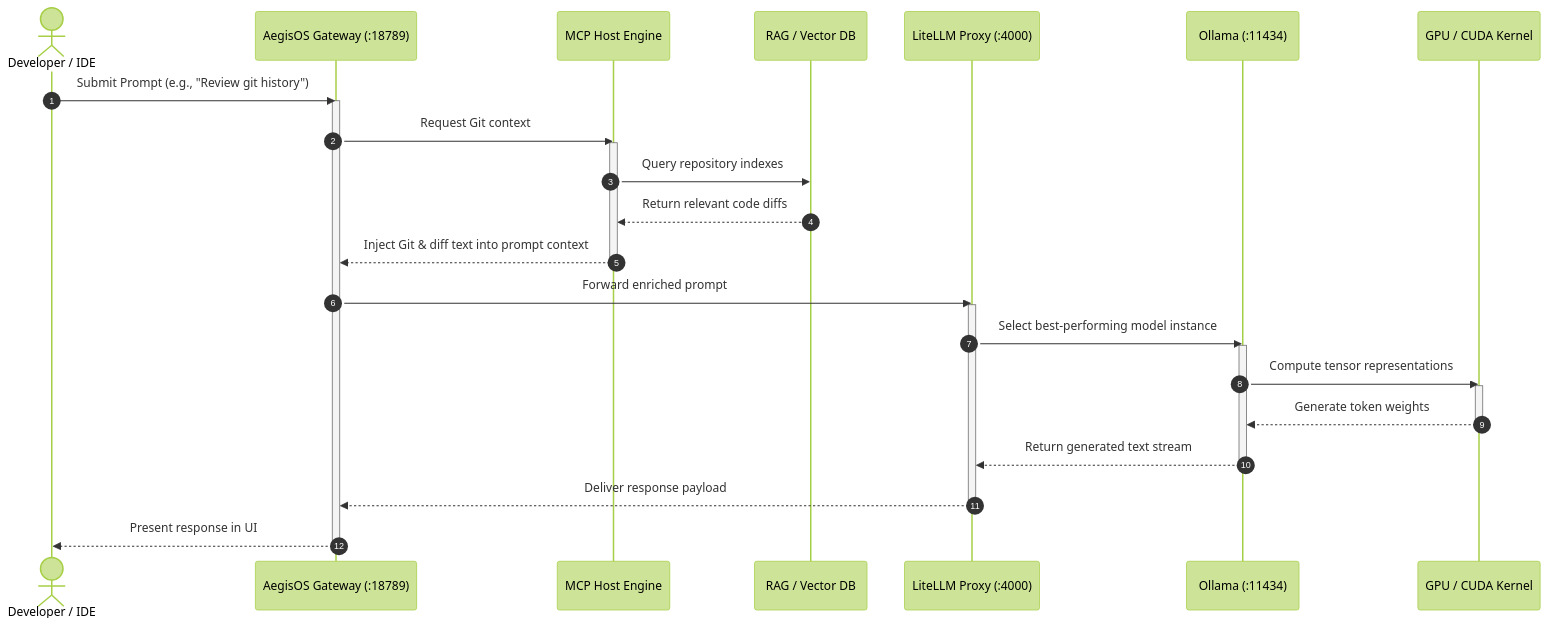
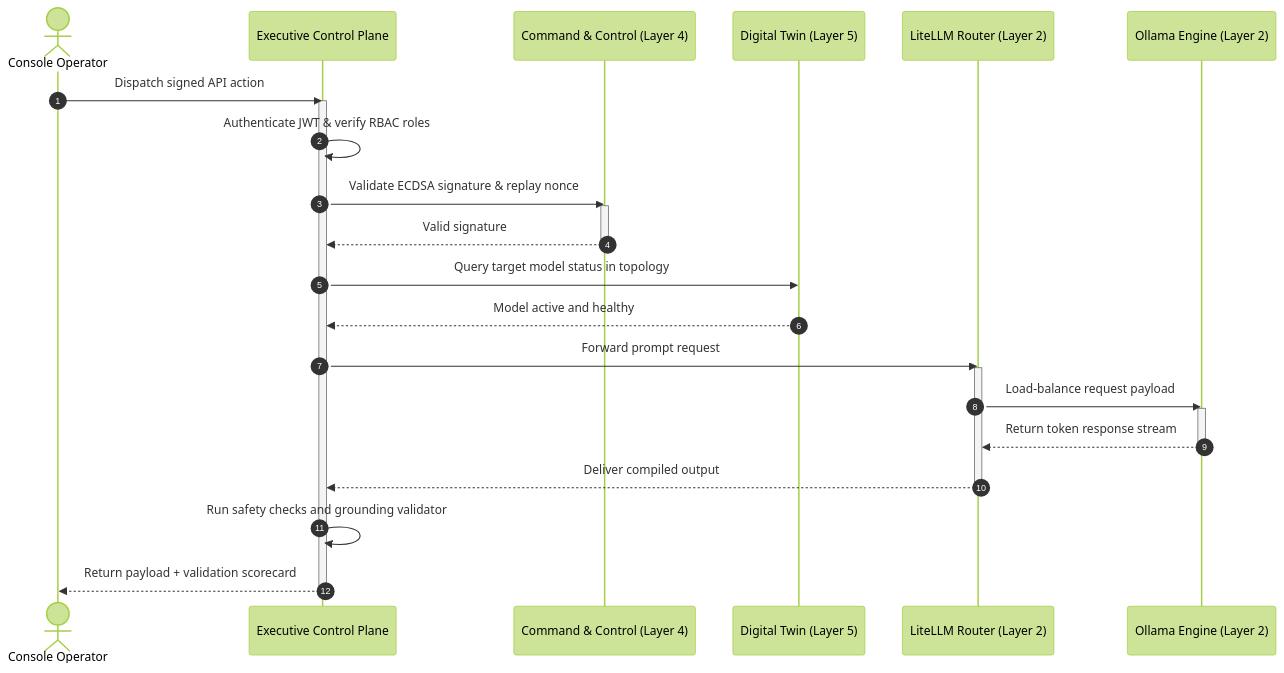
One commit to rjmad1/AegisOS changed the third of 3 diagrams in docs/Architecture_Handbook.md. Above: the diagram before and after it, drawn with Mermaid (forest theme). The commit also changed other lines of this file and 97 other files, not shown here.

````diff
--- a/docs/Architecture_Handbook.md
+++ b/docs/Architecture_Handbook.md
@@ -170,36 +177,31 @@
 ```mermaid
 sequenceDiagram
     autonumber
-    actor User as Developer / IDE
-    participant Gateway as AegisOS Gateway (:18789)
-    participant MCP as MCP Host Engine
-    participant RAG as RAG / Vector DB
-    participant Router as LiteLLM Proxy (:4000)
-    participant Engine as Ollama (:11434)
-    participant GPU as GPU / CUDA Kernel
+    actor Admin as Console Operator
+    participant ECP as Executive Control Plane
+    participant C2 as Command & Control (Layer 4)
+    participant Twin as Digital Twin (Layer 5)
+    participant Router as LiteLLM Router (Layer 2)
+    participant Ollama as Ollama Engine (Layer 2)
 
-    User->>Gateway: Submit Prompt (e.g., "Review git history")
-    activate Gateway
-    Gateway->>MCP: Request Git context
-    activate MCP
-    MCP->>RAG: Query repository indexes
-    RAG-->>MCP: Return relevant code diffs
-    MCP-->>Gateway: Inject Git & diff text into prompt context
-    deactivate MCP
-    
-    Gateway->>Router: Forward enriched prompt
+    Admin->>ECP: Dispatch signed API action
+    activate ECP
+    ECP->>ECP: Authenticate JWT & verify RBAC roles
+    ECP->>C2: Validate ECDSA signature & replay nonce
+    activate C2
+    C2-->>ECP: Valid signature
+    deactivate C2
+    ECP->>Twin: Query target model status in topology
+    Twin-->>ECP: Model active and healthy
+    ECP->>Router: Forward prompt request
     activate Router
-    Router->>Engine: Select best-performing model instance
-    activate Engine
-    Engine->>GPU: Compute tensor representations
-    activate GPU
-    GPU-->>Engine: Generate token weights
-    deactivate GPU
-    Engine-->>Router: Return generated text stream
-    deactivate Engine
-    Router-->>Gateway: Deliver response payload
+    Router->>Ollama: Load-balance request payload
+    activate Ollama
+    Ollama-->>Router: Return token response stream
+    deactivate Ollama
+    Router-->>ECP: Deliver compiled output
     deactivate Router
-    
-    Gateway-->>User: Present response in UI
-    deactivate Gateway
+    ECP->>ECP: Run safety checks and grounding validator
+    ECP-->>Admin: Return payload + validation scorecard
+    deactivate ECP
 ```
````
